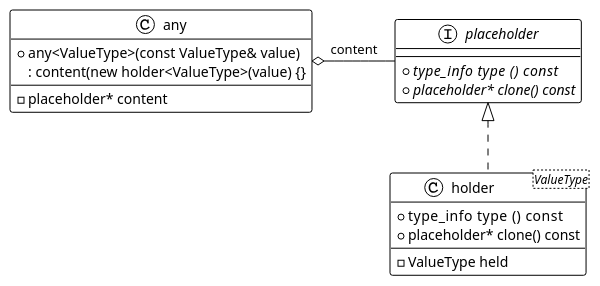
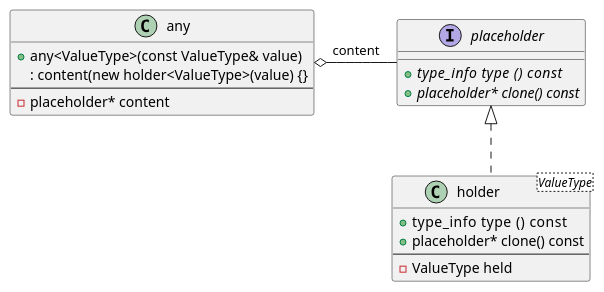
Before and after one commit to XzoRit/template_programming_workshop: the diagram in presentation.org, drawn with PlantUML.

Commit message:
remove plantuml theme

```diff
--- a/presentation.org
+++ b/presentation.org
@@ -515,32 +515,30 @@
 #+BEGIN_SRC plantuml :file boost_any.png
-  !theme plain
-
   class any {
         +any<ValueType>(const ValueType& value)
         : content(new holder<ValueType>(value) {}
         --
         -placeholder* content
   }
 
   interface placeholder {
         +{abstract} type_info    type () const
         +{abstract} placeholder* clone() const
   }
 
   class holder<ValueType> {
         +type_info    type () const
         +placeholder* clone() const
         --
         -ValueType held
   }
 
   placeholder <|.. holder
   any         o--  placeholder : content
 
   together {
         class any
         interface placeholder
   }
 
   any -[hidden]> placeholder
 #+END_SRC
```
